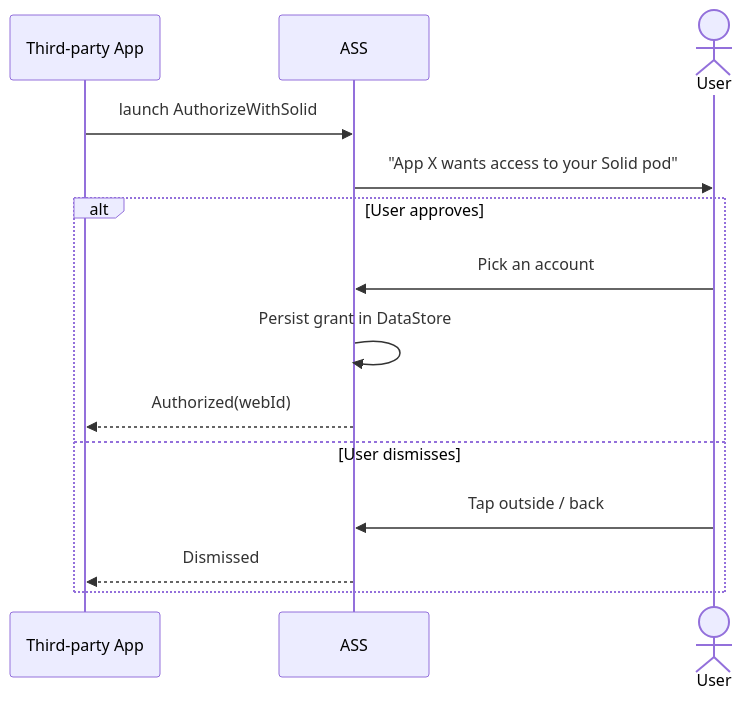
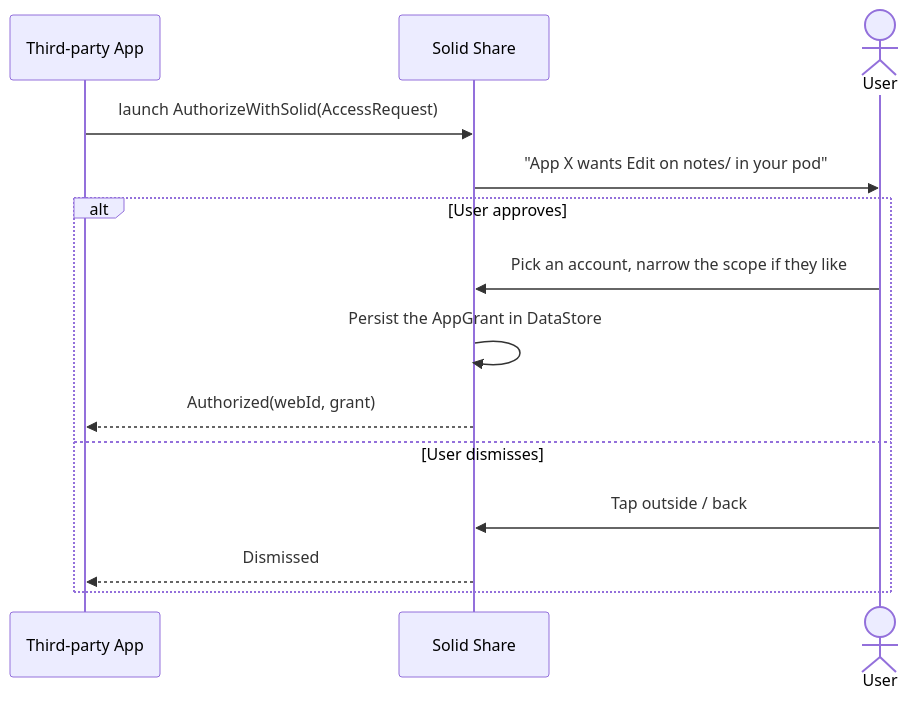
Before and after one commit to erfangholami/Android-Solid-Services: the sixth of 7 diagrams in docs/start/how-it-works.md, drawn with Mermaid. The commit also changed other lines of this file and 29 other files, not shown here.

Commit message:
Rewrite the documentation for Solid Share as the host, and document app access and hosting

````diff
--- a/docs/start/how-it-works.md
+++ b/docs/start/how-it-works.md
@@ -177,17 +178,17 @@
 ```mermaid
 sequenceDiagram
     participant App as Third-party App
-    participant ASS
+    participant ASS as Solid Share
     actor User
 
-    App->>ASS: launch AuthorizeWithSolid
-    ASS->>User: "App X wants access to your Solid pod"
+    App->>ASS: launch AuthorizeWithSolid(AccessRequest)
+    ASS->>User: "App X wants Edit on notes/ in your pod"
     alt User approves
-        User->>ASS: Pick an account
-        ASS->>ASS: Persist grant in DataStore
-        ASS-->>App: Authorized(webId)
+        User->>ASS: Pick an account, narrow the scope if they like
+        ASS->>ASS: Persist the AppGrant in DataStore
+        ASS-->>App: Authorized(webId, grant)
     else User dismisses
         User->>ASS: Tap outside / back
         ASS-->>App: Dismissed
     end
 ```
````
